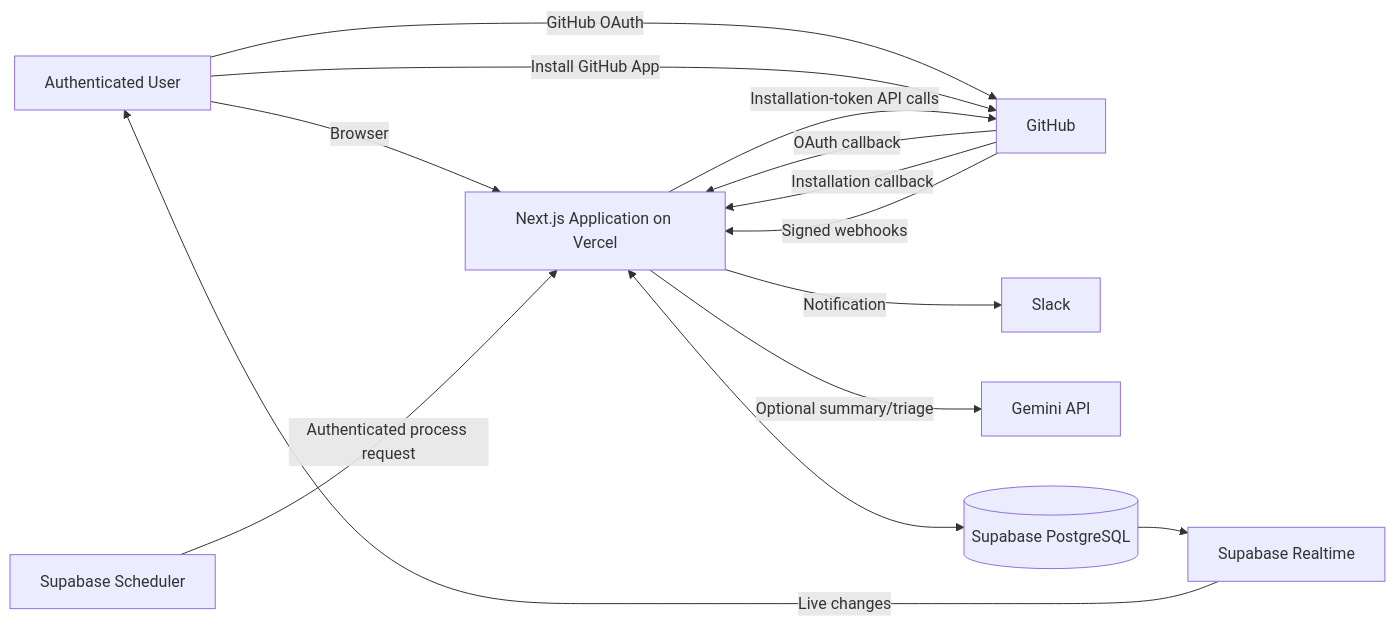
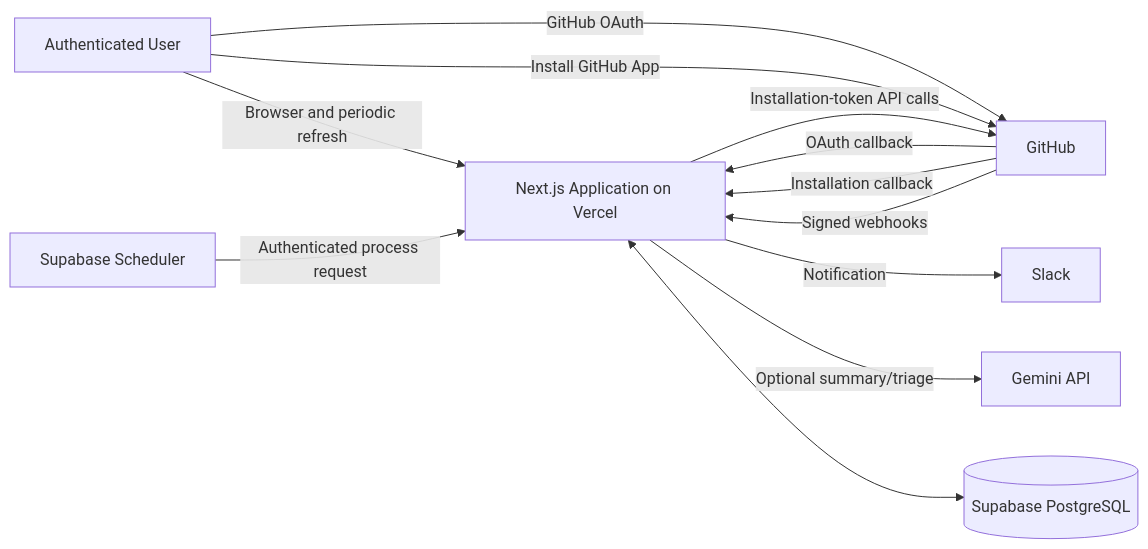
Before and after one commit to SoniSanskar1/github_automation_bot: the first of 4 diagrams in docs/ARCHITECTURE.md, drawn with Mermaid. The commit also changed other lines of this file and 5 other files, not shown here.

````diff
--- a/docs/ARCHITECTURE.md
+++ b/docs/ARCHITECTURE.md
@@ -34,25 +34,22 @@
 ```mermaid
 flowchart LR
     U[Authenticated User]
     GH[GitHub]
     SL[Slack]
     AI[Gemini API]
     APP[Next.js Application on Vercel]
     DB[(Supabase PostgreSQL)]
-    RT[Supabase Realtime]
     CRON[Supabase Scheduler]
 
-    U -->|Browser| APP
+    U -->|Browser and periodic refresh| APP
     U -->|GitHub OAuth| GH
     GH -->|OAuth callback| APP
     U -->|Install GitHub App| GH
     GH -->|Installation callback| APP
     GH -->|Signed webhooks| APP
     APP -->|Installation-token API calls| GH
     APP -->|Notification| SL
     APP -->|Optional summary/triage| AI
     APP <--> DB
-    DB --> RT
-    RT -->|Live changes| U
     CRON -->|Authenticated process request| APP
 ```
````
